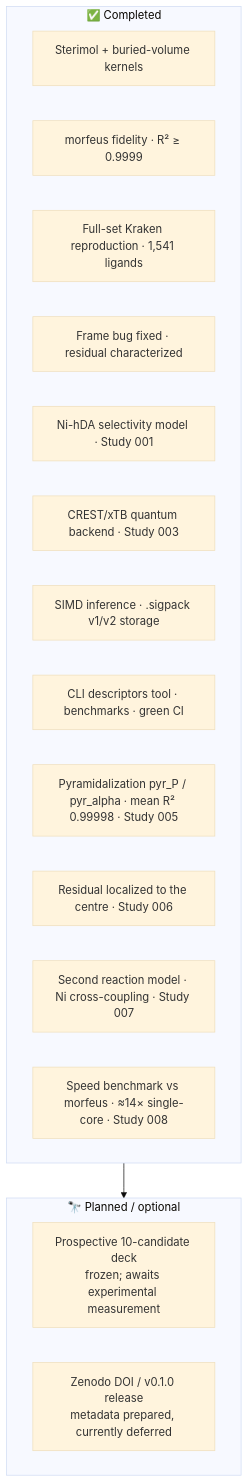
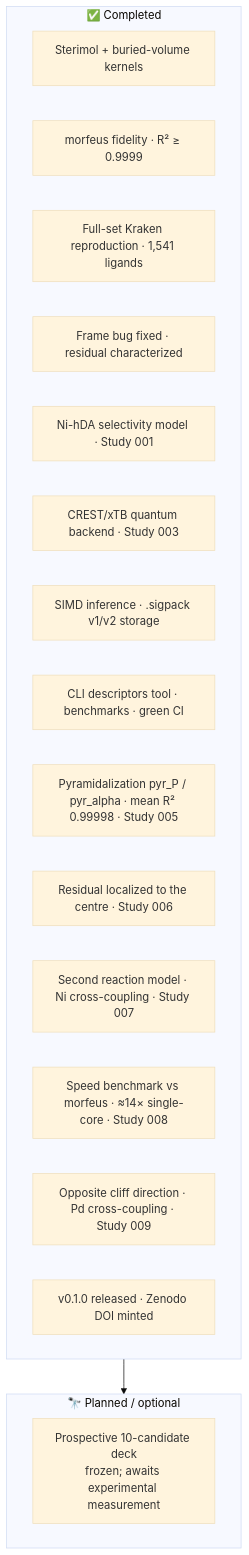
Before and after one commit to AndrejRumenovski/StericX: the second of 2 diagrams in README.md, drawn with Mermaid (base theme). The commit also changed other lines of this file and 11 other files, not shown here.

````diff
--- a/README.md
+++ b/README.md
@@ -699,22 +734,23 @@
 ```mermaid
 graph TD
     subgraph Done["✅ Completed"]
         D1[Sterimol + buried-volume kernels]
         D2[morfeus fidelity · R² ≥ 0.9999]
         D3[Full-set Kraken reproduction · 1,541 ligands]
         D4[Frame bug fixed · residual characterized]
         D5[Ni-hDA selectivity model · Study 001]
         D6[CREST/xTB quantum backend · Study 003]
         D7[SIMD inference · .sigpack v1/v2 storage]
         D8[CLI descriptors tool · benchmarks · green CI]
         D9[Pyramidalization pyr_P / pyr_alpha · mean R² 0.99998 · Study 005]
         D10[Residual localized to the centre · Study 006]
         D11[Second reaction model · Ni cross-coupling · Study 007]
         D12[Speed benchmark vs morfeus · ≈14× single-core · Study 008]
+        D13[Opposite cliff direction · Pd cross-coupling · Study 009]
+        D14[v0.1.0 released · Zenodo DOI minted]
     end
     subgraph Next["🔭 Planned / optional"]
         P1["Prospective 10-candidate deck<br/>frozen; awaits experimental measurement"]
-        P2["Zenodo DOI / v0.1.0 release<br/>metadata prepared, currently deferred"]
     end
     Done --> Next
 ```
````
